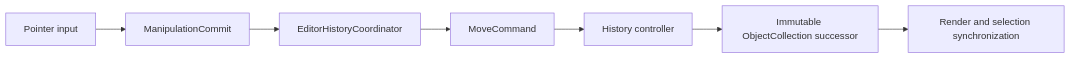
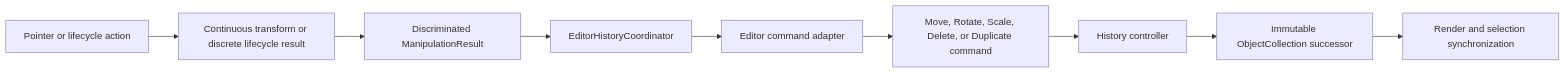
The second of 2 diagrams in packages/editor/README.md (ritikpandey1981/digital-notes), drawn with Mermaid before and after one commit. The commit also changed other lines of this file and 75 other files, not shown here.

````diff
--- a/packages/editor/README.md
+++ b/packages/editor/README.md
@@ -44,9 +48,11 @@
 ```mermaid
 flowchart LR
-    Pointer["Pointer input"] --> Manipulation["ManipulationCommit"]
-    Manipulation --> Coordinator["EditorHistoryCoordinator"]
-    Coordinator --> Command["MoveCommand"]
+    Pointer["Pointer or lifecycle action"] --> Manipulation["Continuous transform or discrete lifecycle result"]
+    Manipulation --> Result["Discriminated ManipulationResult"]
+    Result --> Coordinator["EditorHistoryCoordinator"]
+    Coordinator --> Adapter["Editor command adapter"]
+    Adapter --> Command["Move, Rotate, Scale, Delete, or Duplicate command"]
     Command --> Controller["History controller"]
     Controller --> Session["Immutable ObjectCollection successor"]
     Session --> Sync["Render and selection synchronization"]
 ```
````
